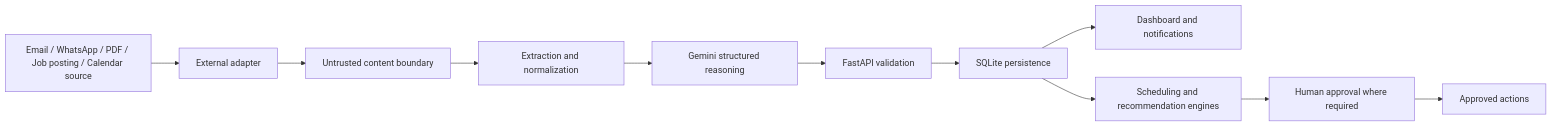
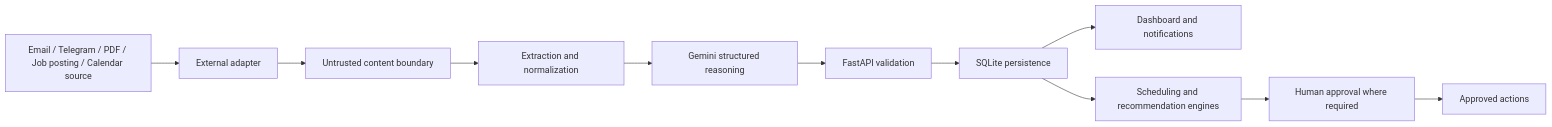
The third of 12 diagrams in ARCHITECTURE.md (Ajay-ch7/StudentLife_OS), drawn with Mermaid before and after one commit. The commit also changed other lines of this file and 44 other files, not shown here.

````diff
--- a/ARCHITECTURE.md
+++ b/ARCHITECTURE.md
@@ -196,13 +196,13 @@
 ```mermaid
 flowchart LR
-    A[Email / WhatsApp / PDF / Job posting / Calendar source] --> B[External adapter]
+    A[Email / Telegram / PDF / Job posting / Calendar source] --> B[External adapter]
     B --> C[Untrusted content boundary]
     C --> D[Extraction and normalization]
     D --> E[Gemini structured reasoning]
     E --> F[FastAPI validation]
     F --> G[SQLite persistence]
     G --> H[Dashboard and notifications]
     G --> I[Scheduling and recommendation engines]
     I --> J[Human approval where required]
     J --> K[Approved actions]
 ```
````
